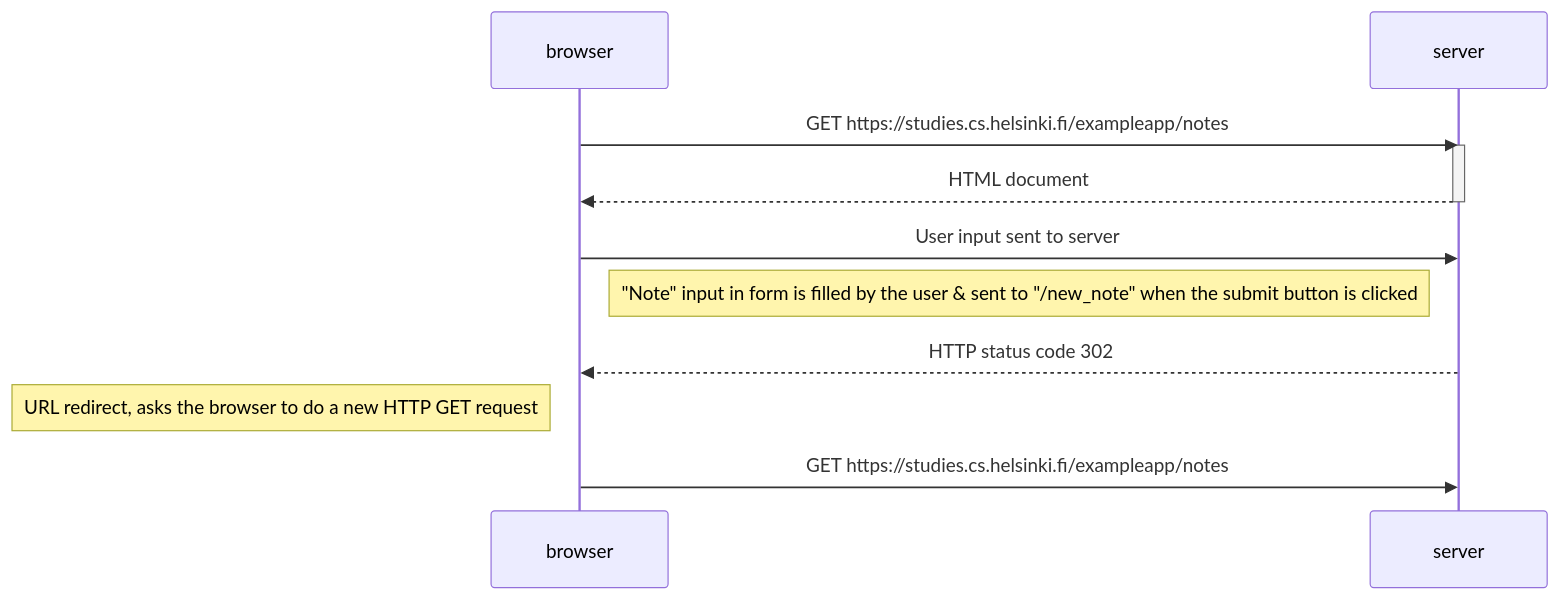
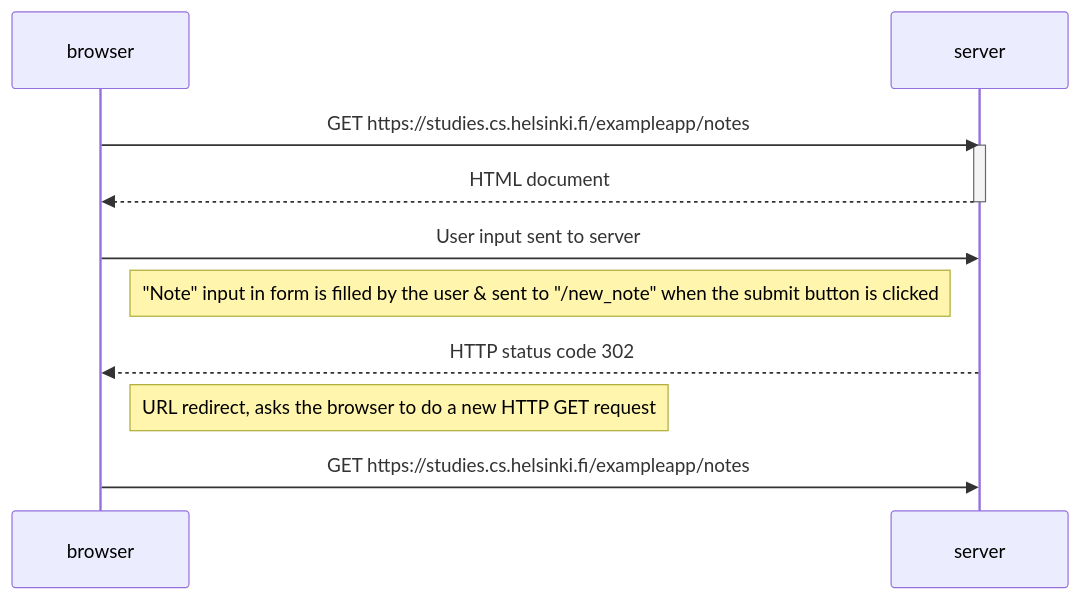
Before and after one commit to Burstniart/fullstackopen: the diagram in part0/new_note_diagram.md, drawn with Mermaid.

Commit message:
fix position

````diff
--- a/part0/new_note_diagram.md
+++ b/part0/new_note_diagram.md
@@ -1,21 +1,21 @@
 ```mermaid
 sequenceDiagram
     participant browser
     participant server
 
     browser->>server: GET https://studies.cs.helsinki.fi/exampleapp/notes
     activate server
     server-->>browser: HTML document
     deactivate server
 
     browser->>server: User input sent to server
 
     Note right of browser: "Note" input in form is filled by the user & sent to "/new_note" when the submit button is clicked
 
     server-->>browser: HTTP status code 302
 
-    Note left of browser: URL redirect, asks the browser to do a new HTTP GET request
+    Note right of browser: URL redirect, asks the browser to do a new HTTP GET request
     
     browser->>server: GET https://studies.cs.helsinki.fi/exampleapp/notes
     
 ```
````
